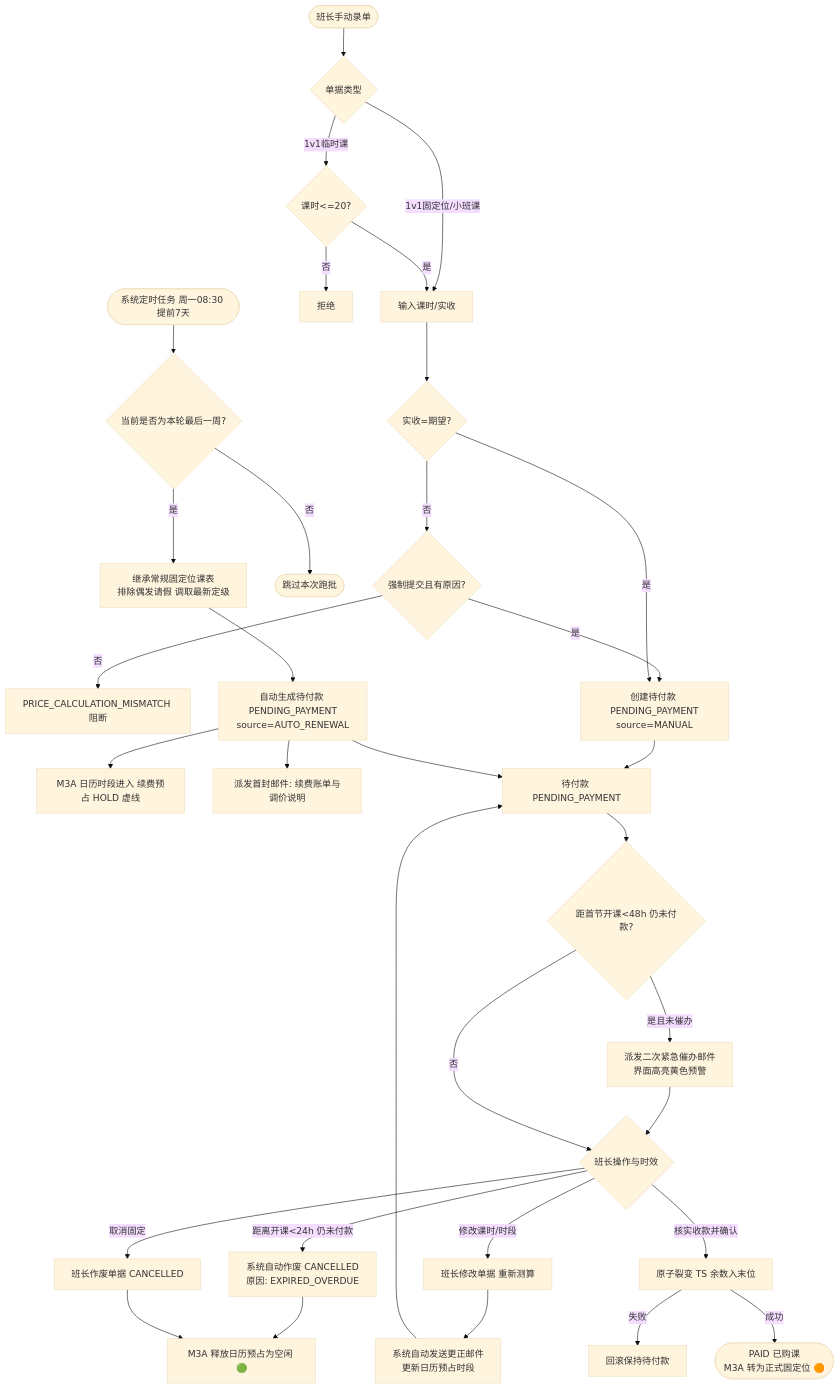
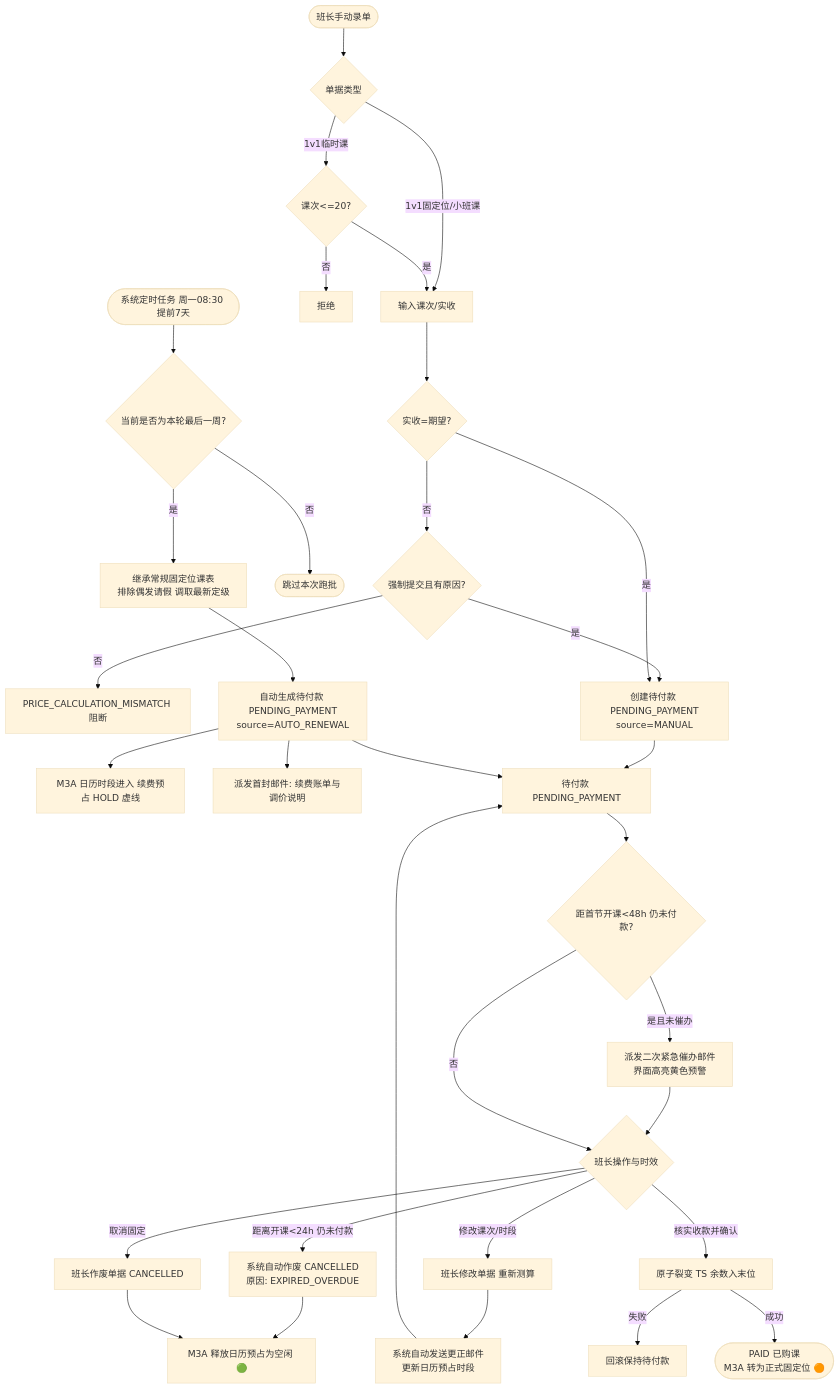
The second of 2 diagrams in docs/prd/m2a_course_orders.md (Onezao/dream), drawn with Mermaid (base theme) before and after one commit. The commit also changed other lines of this file and 37 other files, not shown here.

````diff
--- a/docs/prd/m2a_course_orders.md
+++ b/docs/prd/m2a_course_orders.md
@@ -303,42 +302,42 @@
 ```mermaid
 flowchart TD
     StartManual([班长手动录单]) --> Type{单据类型}
-    Type -- 1v1固定位/小班课 --> Input[输入课时/实收]
-    Type -- 1v1临时课 --> Limit{课时<=20?}
+    Type -- 1v1固定位/小班课 --> Input[输入课次/实收]
+    Type -- 1v1临时课 --> Limit{课次<=20?}
     Limit -- 否 --> Reject1[拒绝]
     Limit -- 是 --> Input
     Input --> Check{实收=期望?}
     Check -- 否 --> Force{强制提交且有原因?}
     Force -- 否 --> Block[PRICE_CALCULATION_MISMATCH 阻断]
     Force -- 是 --> CreateManual[创建待付款 PENDING_PAYMENT\nsource=MANUAL]
     Check -- 是 --> CreateManual
     
     StartAuto([系统定时任务 周一08:30 提前7天]) --> Scan{当前是否为本轮最后一周?}
     Scan -- 否 --> EndAuto([跳过本次跑批])
     Scan -- 是 --> Calc[继承常规固定位课表\n排除偶发请假 调取最新定级]
     Calc --> CreateAuto[自动生成待付款 PENDING_PAYMENT\nsource=AUTO_RENEWAL]
     CreateAuto --> HoldGrid[M3A 日历时段进入 续费预占 HOLD 虚线]
     CreateAuto --> SendMail["派发首封邮件: 续费账单与调价说明"]
     
     CreateManual --> PendingState[待付款 PENDING_PAYMENT]
     CreateAuto --> PendingState
     
     PendingState --> CheckUrgent{距首节开课<48h 仍未付款?}
     CheckUrgent -- 是且未催办 --> SendUrgent[派发二次紧急催办邮件\n界面高亮黄色预警]
     SendUrgent --> MonitorAction{班长操作与时效}
     CheckUrgent -- 否 --> MonitorAction
     
     MonitorAction -- 距离开课<24h 仍未付款 --> AutoExpire["系统自动作废 CANCELLED\n原因: EXPIRED_OVERDUE"]
     AutoExpire --> ReleaseGrid[M3A 释放日历预占为空闲 🟢]
     
-    MonitorAction -- 修改课时/时段 --> EditOrder[班长修改单据 重新测算]
+    MonitorAction -- 修改课次/时段 --> EditOrder[班长修改单据 重新测算]
     EditOrder --> ReMail[系统自动发送更正邮件\n更新日历预占时段]
     ReMail --> PendingState
     
     MonitorAction -- 取消固定 --> ManualCancel[班长作废单据 CANCELLED]
     ManualCancel --> ReleaseGrid
     
     MonitorAction -- 核实收款并确认 --> Fission[原子裂变 TS 余数入末位]
     Fission -- 失败 --> Rollback[回滚保持待付款]
     Fission -- 成功 --> Paid([PAID 已购课\nM3A 转为正式固定位 🟠])
 ```
````
